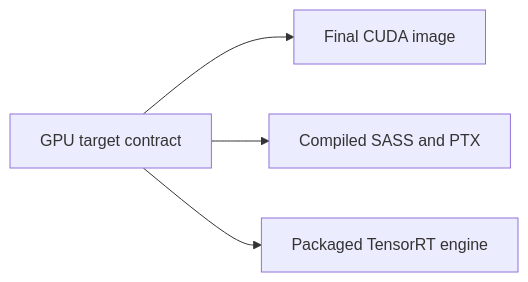
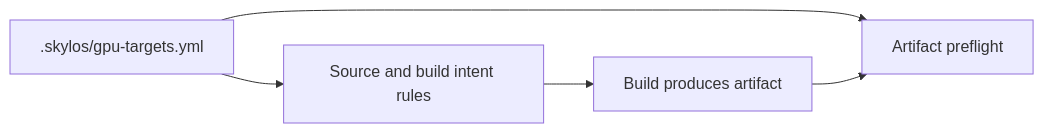
The second of 2 diagrams in docs/release-reliability.mdx (duriantaco/skylos-docs), drawn with Mermaid before and after one commit. The commit also changed other lines of this file and 17 other files, not shown here.

````diff
--- a/docs/release-reliability.mdx
+++ b/docs/release-reliability.mdx
@@ -121,6 +123,7 @@
 ```mermaid
 flowchart LR
-    T[GPU target contract] --> D[Final CUDA image]
-    T --> A[Compiled SASS and PTX]
-    T --> E[Packaged TensorRT engine]
+    T[.skylos/gpu-targets.yml] --> S[Source and build intent rules]
+    S --> B[Build produces artifact]
+    T --> P[Artifact preflight]
+    B --> P
 ```
````
